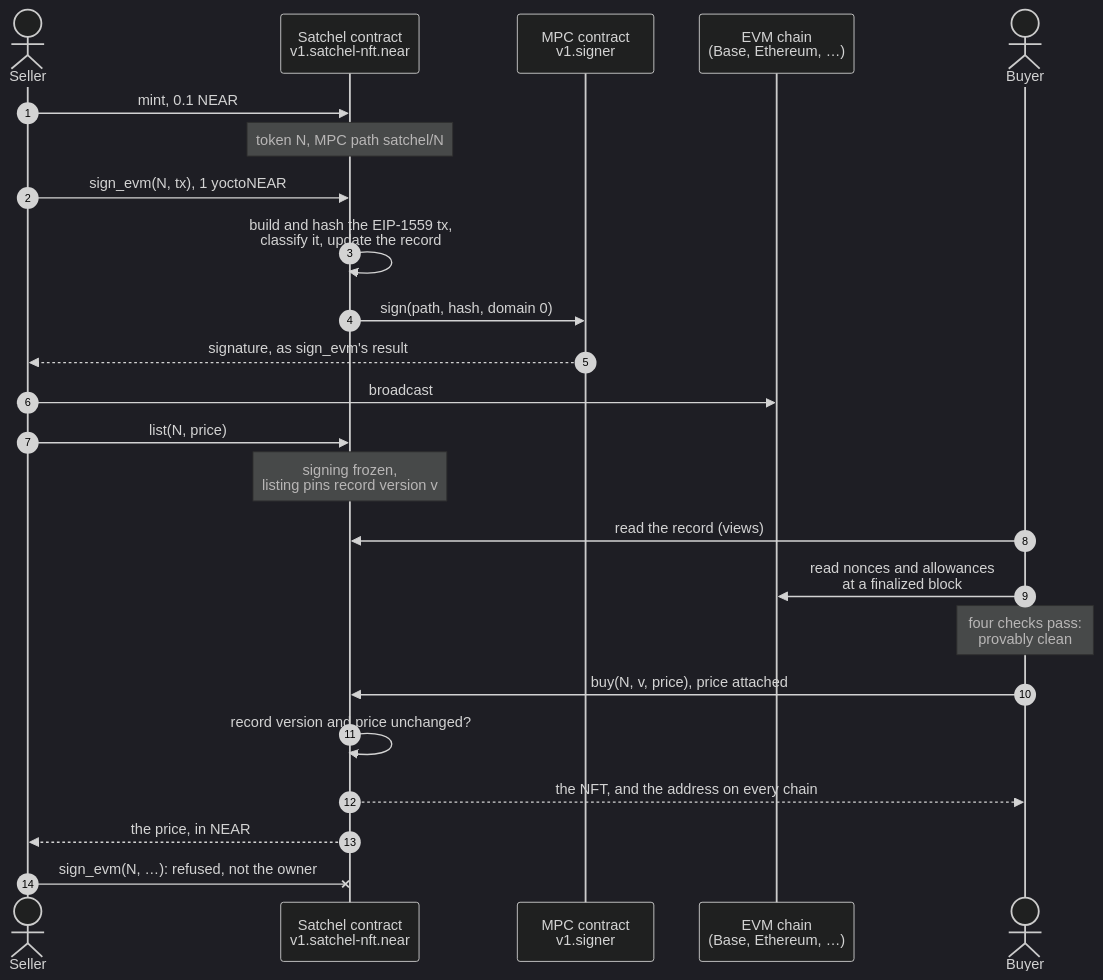
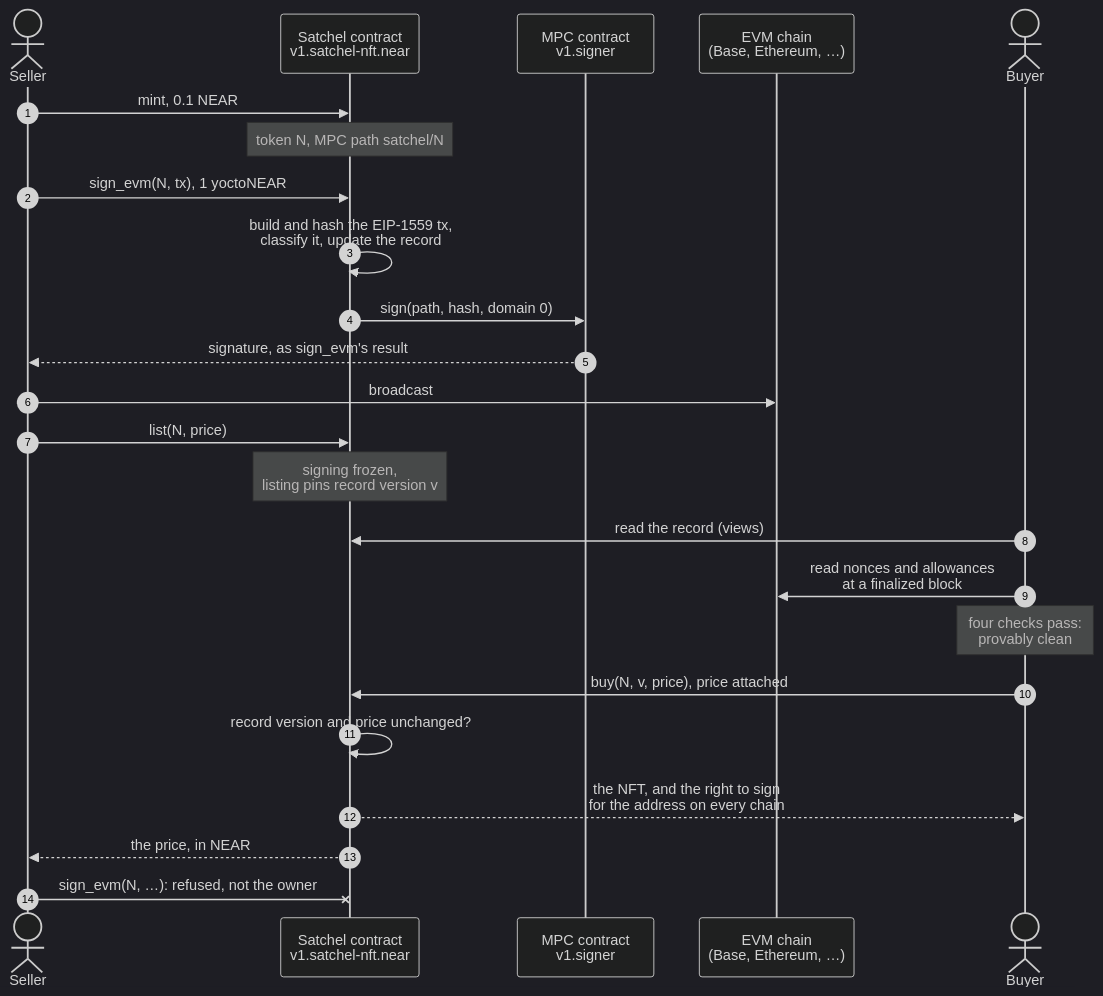
The first of 2 diagrams in README.md (duongnq2798/satchel), drawn with Mermaid (dark theme) before and after one commit. The commit also changed other lines of this file and 8 other files, not shown here.

````diff
--- a/README.md
+++ b/README.md
@@ -518,26 +602,26 @@
 ```mermaid
 sequenceDiagram
     autonumber
     actor S as Seller
     participant C as Satchel contract<br/>v1.satchel-nft.near
     participant M as MPC contract<br/>v1.signer
     participant E as EVM chain<br/>(Base, Ethereum, …)
     actor B as Buyer
     S->>C: mint, 0.1 NEAR
     Note over C: token N, MPC path satchel/N
     S->>C: sign_evm(N, tx), 1 yoctoNEAR
     C->>C: build and hash the EIP-1559 tx,<br/>classify it, update the record
     C->>M: sign(path, hash, domain 0)
     M-->>S: signature, as sign_evm's result
     S->>E: broadcast
     S->>C: list(N, price)
     Note over C: signing frozen,<br/>listing pins record version v
     B->>C: read the record (views)
     B->>E: read nonces and allowances<br/>at a finalized block
     Note over B: four checks pass:<br/>provably clean
     B->>C: buy(N, v, price), price attached
     C->>C: record version and price unchanged?
-    C-->>B: the NFT, and the address on every chain
+    C-->>B: the NFT, and the right to sign<br/>for the address on every chain
     C-->>S: the price, in NEAR
     S-xC: sign_evm(N, …): refused, not the owner
 ```
````
